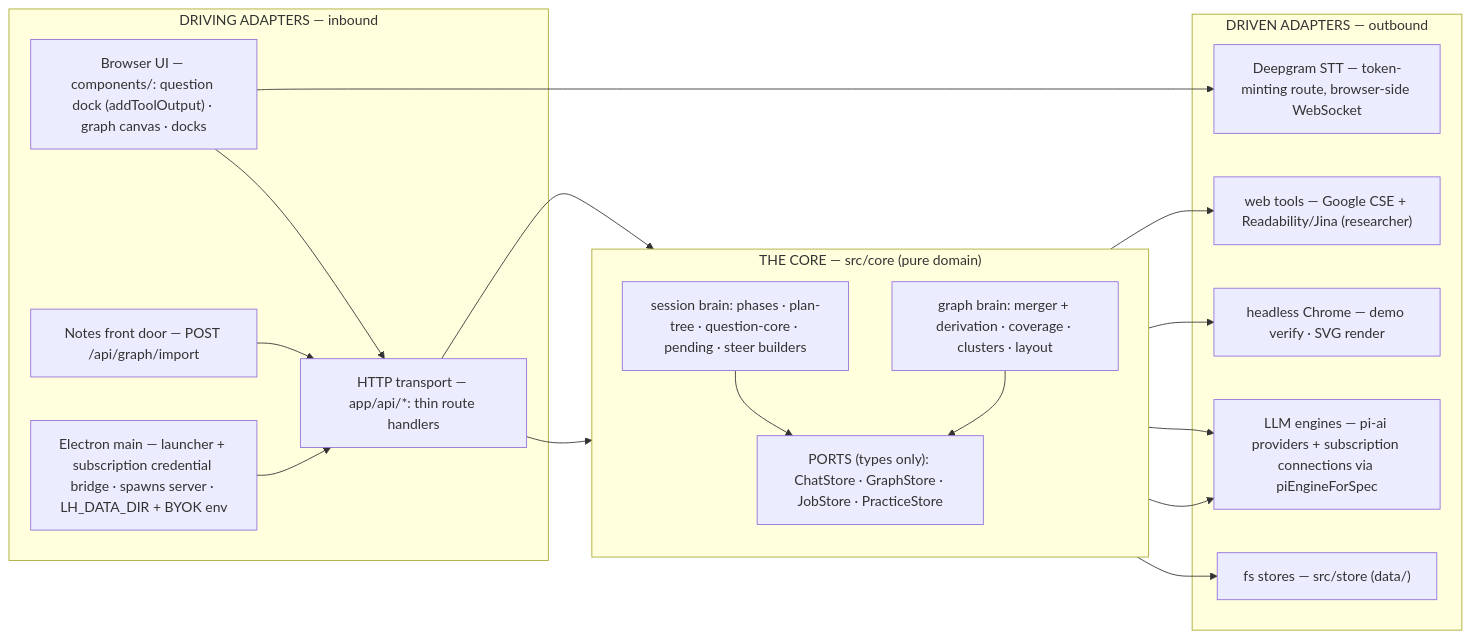
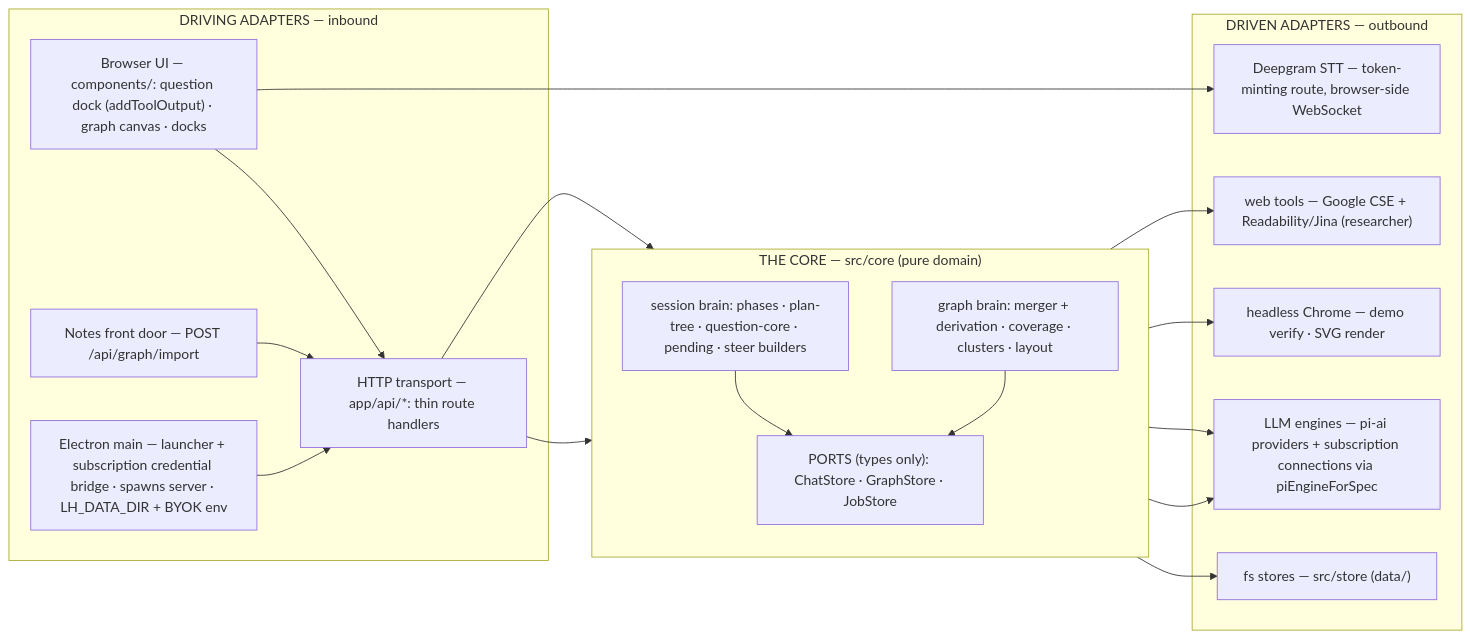
Before and after one commit to amoghu1s1/learnharness: the second of 7 diagrams in docs/architecture.md, drawn with Mermaid. The commit also changed other lines of this file and 1 other file, not shown here.

First line of the commit message:
docs: align architecture with practice sessions

````diff
--- a/docs/architecture.md
+++ b/docs/architecture.md
@@ -171,38 +169,38 @@
 ```mermaid
 flowchart LR
     subgraph DRIVING["DRIVING ADAPTERS — inbound"]
         BROWSER["Browser UI — components/: question dock (addToolOutput) · graph canvas · docks"]
         HTTP["HTTP transport — app/api/*: thin route handlers"]
         NOTES["Notes front door — POST /api/graph/import"]
         ELEC["Electron main — launcher + subscription credential bridge · spawns server · LH_DATA_DIR + BYOK env"]
     end
 
     subgraph HEXCORE["THE CORE — src/core (pure domain)"]
         direction TB
         SESS["session brain: phases · plan-tree · question-core · pending · steer builders"]
         GBRAIN["graph brain: merger + derivation · coverage · clusters · layout"]
-        PORTSBOX["PORTS (types only): ChatStore · GraphStore · JobStore · PracticeStore"]
+        PORTSBOX["PORTS (types only): ChatStore · GraphStore · JobStore"]
     end
 
     subgraph DRIVEN["DRIVEN ADAPTERS — outbound"]
         FS["fs stores — src/store (data/)"]
         LLM["LLM engines — pi-ai providers + subscription connections via piEngineForSpec"]
         HEAD["headless Chrome — demo verify · SVG render"]
         DEEP["Deepgram STT — token-minting route, browser-side WebSocket"]
         WEB["web tools — Google CSE + Readability/Jina (researcher)"]
     end
 
     BROWSER --> HTTP
     NOTES --> HTTP
     ELEC --> HTTP
     HTTP --> SESS
     HTTP --> GBRAIN
     SESS --> PORTSBOX
     GBRAIN --> PORTSBOX
     PORTSBOX --> FS
     SESS --> LLM
     GBRAIN --> LLM
     SESS --> HEAD
     SESS --> WEB
     BROWSER --> DEEP
 ```
````
